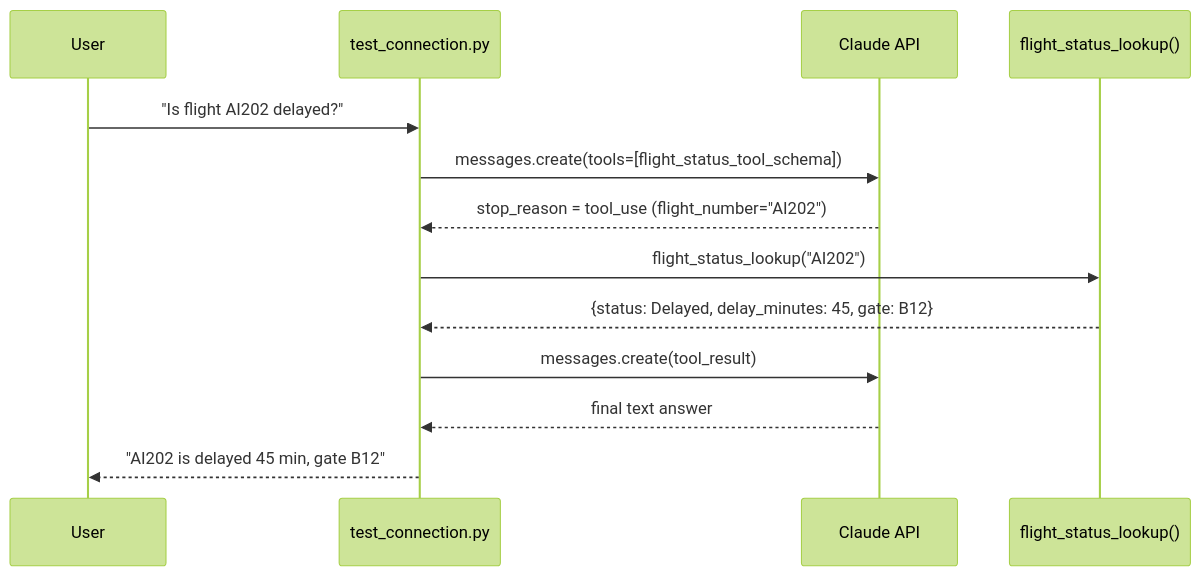
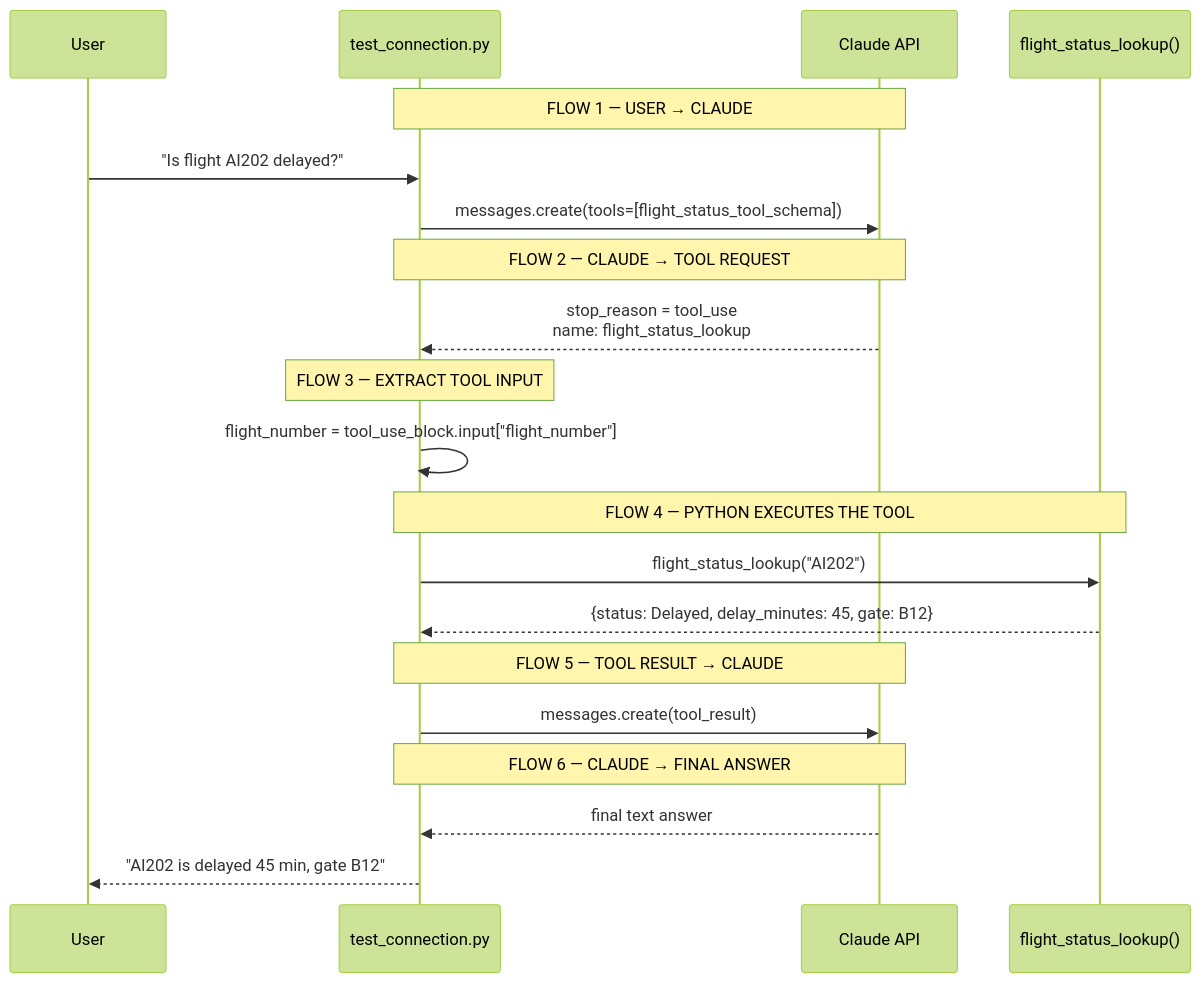
Before and after one commit to contactkkiran/airline-ai-platform: the first of 3 diagrams in README.md, drawn with Mermaid (forest theme). The commit also changed other lines of this file and 5 other files, not shown here.

````diff
--- a/README.md
+++ b/README.md
@@ -14,16 +16,28 @@
 ```mermaid
 sequenceDiagram
     participant U as User
     participant App as test_connection.py
     participant C as Claude API
     participant T as flight_status_lookup()
 
+    Note over App,C: FLOW 1 — USER → CLAUDE
     U->>App: "Is flight AI202 delayed?"
     App->>C: messages.create(tools=[flight_status_tool_schema])
-    C-->>App: stop_reason = tool_use (flight_number="AI202")
+
+    Note over App,C: FLOW 2 — CLAUDE → TOOL REQUEST
+    C-->>App: stop_reason = tool_use<br/>name: flight_status_lookup
+
+    Note over App: FLOW 3 — EXTRACT TOOL INPUT
+    App->>App: flight_number = tool_use_block.input["flight_number"]
+
+    Note over App,T: FLOW 4 — PYTHON EXECUTES THE TOOL
     App->>T: flight_status_lookup("AI202")
     T-->>App: {status: Delayed, delay_minutes: 45, gate: B12}
+
+    Note over App,C: FLOW 5 — TOOL RESULT → CLAUDE
     App->>C: messages.create(tool_result)
+
+    Note over App,C: FLOW 6 — CLAUDE → FINAL ANSWER
     C-->>App: final text answer
     App-->>U: "AI202 is delayed 45 min, gate B12"
 ```
````
